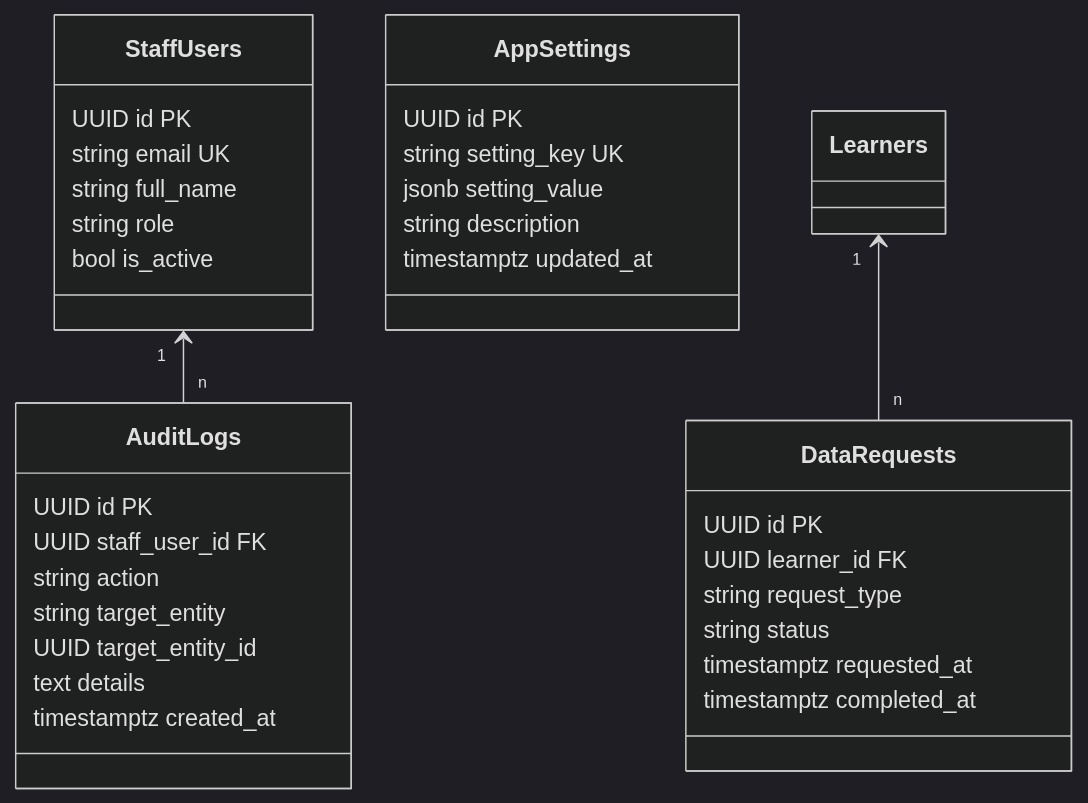
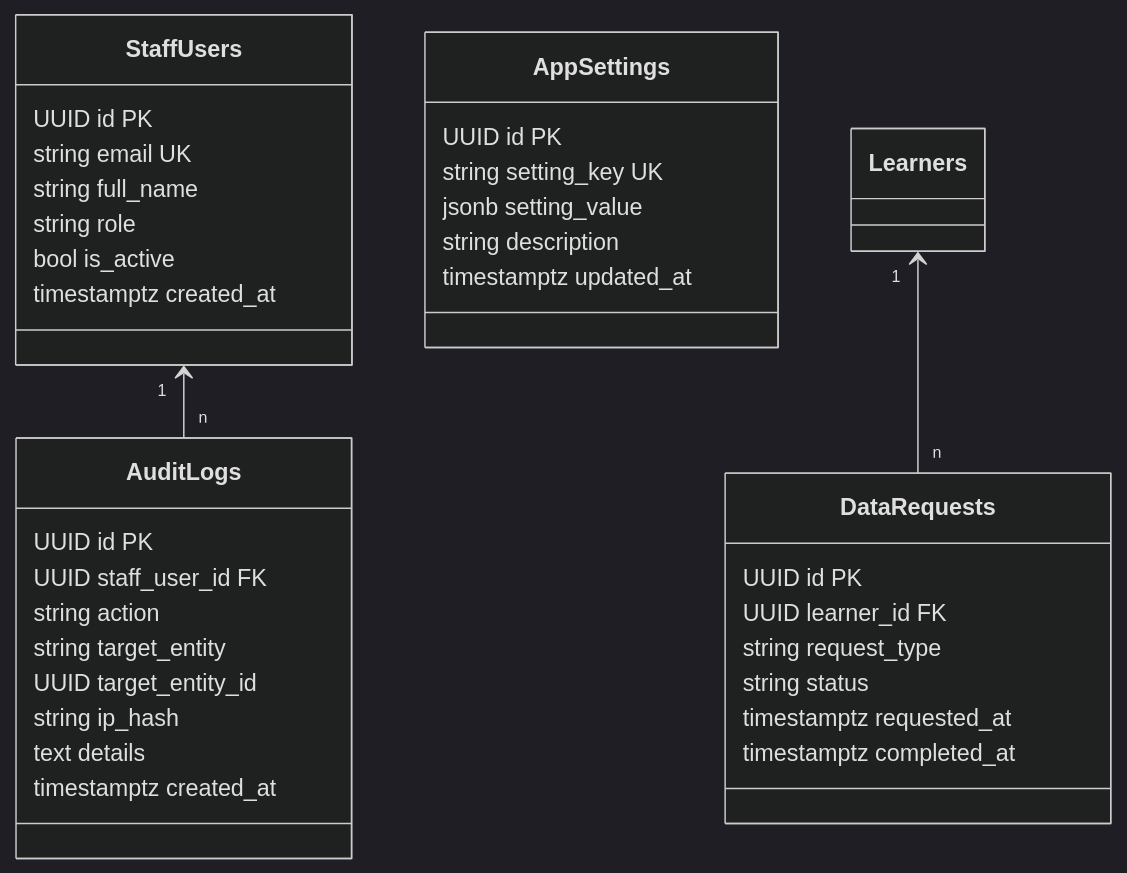
Before and after one commit to hoangthanhpro97/shd-tuhoctiengduc: the fifth of 7 diagrams in docs/architecture/02-data-model.md, drawn with Mermaid (dark theme). The commit also changed other lines of this file, not shown here.

Commit message:
docs(architecture): upgrade data model to v1.1 with grading pipeline, section timers, and security controls

````diff
--- a/docs/architecture/02-data-model.md
+++ b/docs/architecture/02-data-model.md
@@ -338,38 +412,40 @@
 ```mermaid
 classDiagram
     direction TB
     class StaffUsers {
         UUID id PK
         string email UK
         string full_name
         string role
         bool is_active
+        timestamptz created_at
     }
     class AuditLogs {
         UUID id PK
         UUID staff_user_id FK
         string action
         string target_entity
         UUID target_entity_id
+        string ip_hash
         text details
         timestamptz created_at
     }
     class DataRequests {
         UUID id PK
         UUID learner_id FK
         string request_type
         string status
         timestamptz requested_at
         timestamptz completed_at
     }
     class AppSettings {
         UUID id PK
         string setting_key UK
         jsonb setting_value
         string description
         timestamptz updated_at
     }
 
     StaffUsers "1" <-- "n" AuditLogs
     Learners "1" <-- "n" DataRequests
 ```
````
